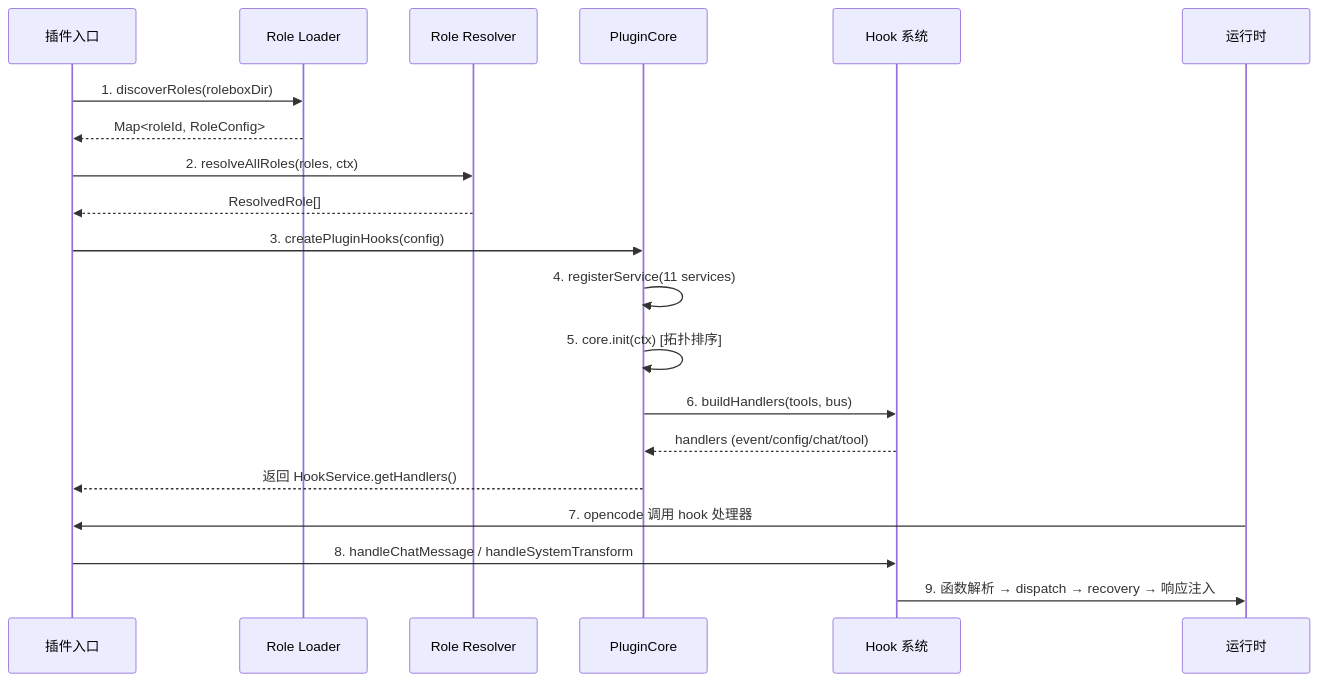
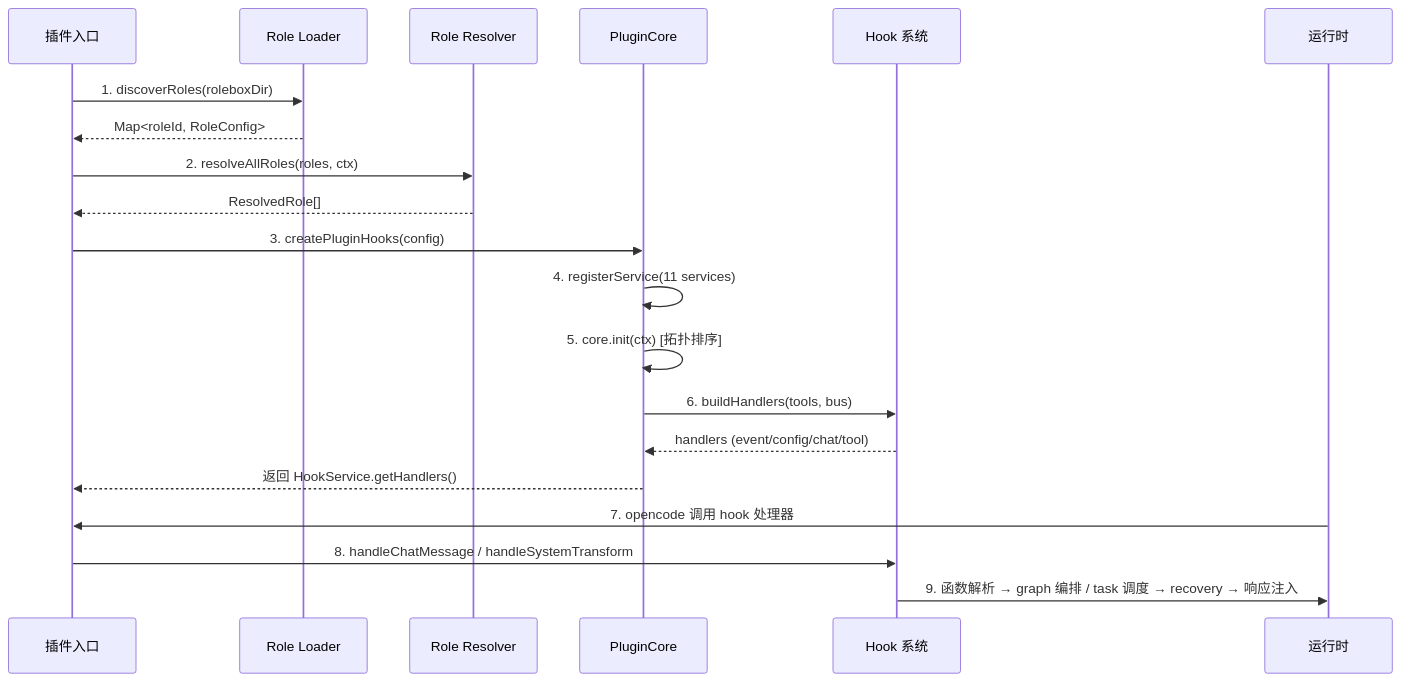
Before and after one commit to EricMoin/rolebox-docs: the first of 2 diagrams in docs/01-Overview/architecture-overview.md, drawn with Mermaid. The commit also changed other lines of this file and 13 other files, not shown here.

Commit message:
docs: align docs with v2 graph engine (dispatch to graph/task, collaboration rename)

````diff
--- a/docs/01-Overview/architecture-overview.md
+++ b/docs/01-Overview/architecture-overview.md
@@ -14,23 +26,23 @@
 ```mermaid
 sequenceDiagram
     participant Plugin as 插件入口
     participant Loader as Role Loader
     participant Resolver as Role Resolver
     participant Core as PluginCore
     participant Hook as Hook 系统
     participant Runtime as 运行时
 
     Plugin->>Loader: 1. discoverRoles(roleboxDir)
     Loader-->>Plugin: Map<roleId, RoleConfig>
     Plugin->>Resolver: 2. resolveAllRoles(roles, ctx)
     Resolver-->>Plugin: ResolvedRole[]
     Plugin->>Core: 3. createPluginHooks(config)
     Core->>Core: 4. registerService(11 services)
     Core->>Core: 5. core.init(ctx) [拓扑排序]
     Core->>Hook: 6. buildHandlers(tools, bus)
     Hook-->>Core: handlers (event/config/chat/tool)
     Core-->>Plugin: 返回 HookService.getHandlers()
     Runtime->>Plugin: 7. opencode 调用 hook 处理器
     Plugin->>Hook: 8. handleChatMessage / handleSystemTransform
-    Hook->>Runtime: 9. 函数解析 → dispatch → recovery → 响应注入
+    Hook->>Runtime: 9. 函数解析 → graph 编排 / task 调度 → recovery → 响应注入
 ```
````
